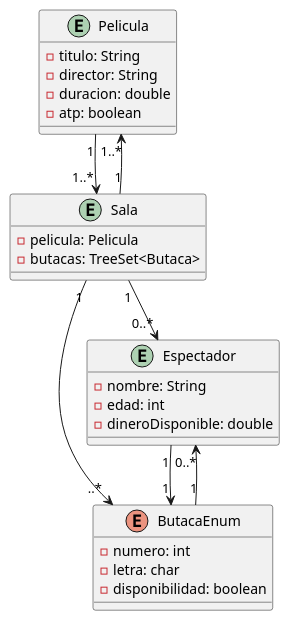
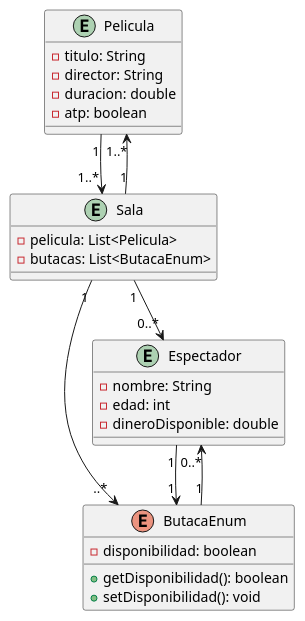
One commit to r0minaflorencia/Egg-Argentina-Programa-4.0 changed the diagram in BackEnd_2/10- Relaciones entre clases/Extra_Cinema/demo/src/main/java/com/cinema/uml/classDiagram.puml. Above: the diagram before and after it, drawn with PlantUML. The commit also changed 1 other file, not shown here.

```diff
--- a/BackEnd_2/10- Relaciones entre clases/Extra_Cinema/demo/src/main/java/com/cinema/uml/classDiagram.puml
+++ b/BackEnd_2/10- Relaciones entre clases/Extra_Cinema/demo/src/main/java/com/cinema/uml/classDiagram.puml
@@ -1,34 +1,34 @@
 @startuml cinema
 
 entity Pelicula {
     - titulo: String
     - director: String
     - duracion: double
     - atp: boolean
 }
 
 entity Sala {
-    - pelicula: Pelicula
-    - butacas: TreeSet<Butaca>
+    - pelicula: List<Pelicula>
+    - butacas: List<ButacaEnum>
 }
 
 enum ButacaEnum {
-    - numero: int
-    - letra: char
     - disponibilidad: boolean
+    + getDisponibilidad(): boolean
+    + setDisponibilidad(): void
 }
 
 entity Espectador {
     - nombre: String
     - edad: int
     - dineroDisponible: double
 }
 
 Sala "1" --> "1..*" Pelicula
 Sala "1" --> "..*" ButacaEnum
 Sala "1" --> "0..*" Espectador
 ButacaEnum "1" --> "0..*" Espectador
 Espectador "1" --> "1" ButacaEnum
 Pelicula "1" --> "1..*" Sala
 
 @enduml
```
